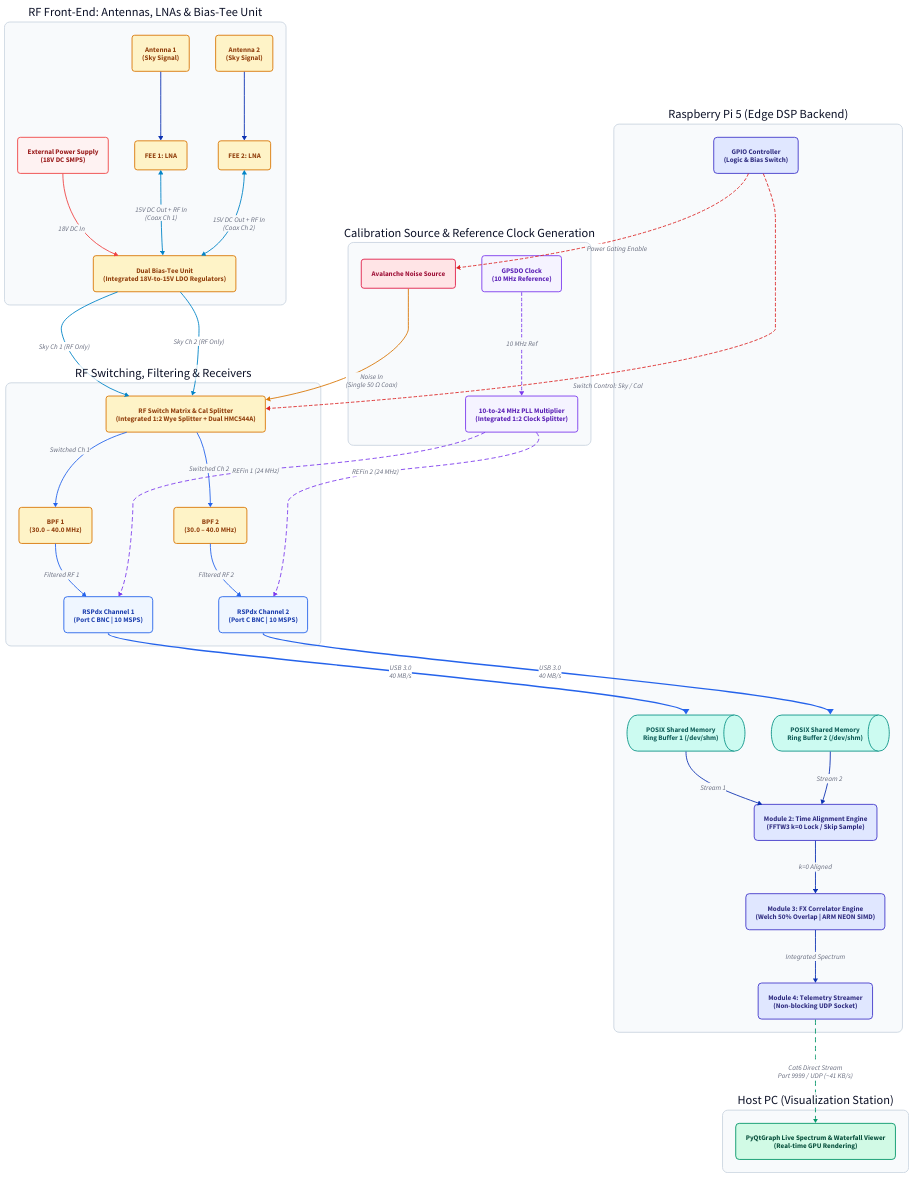
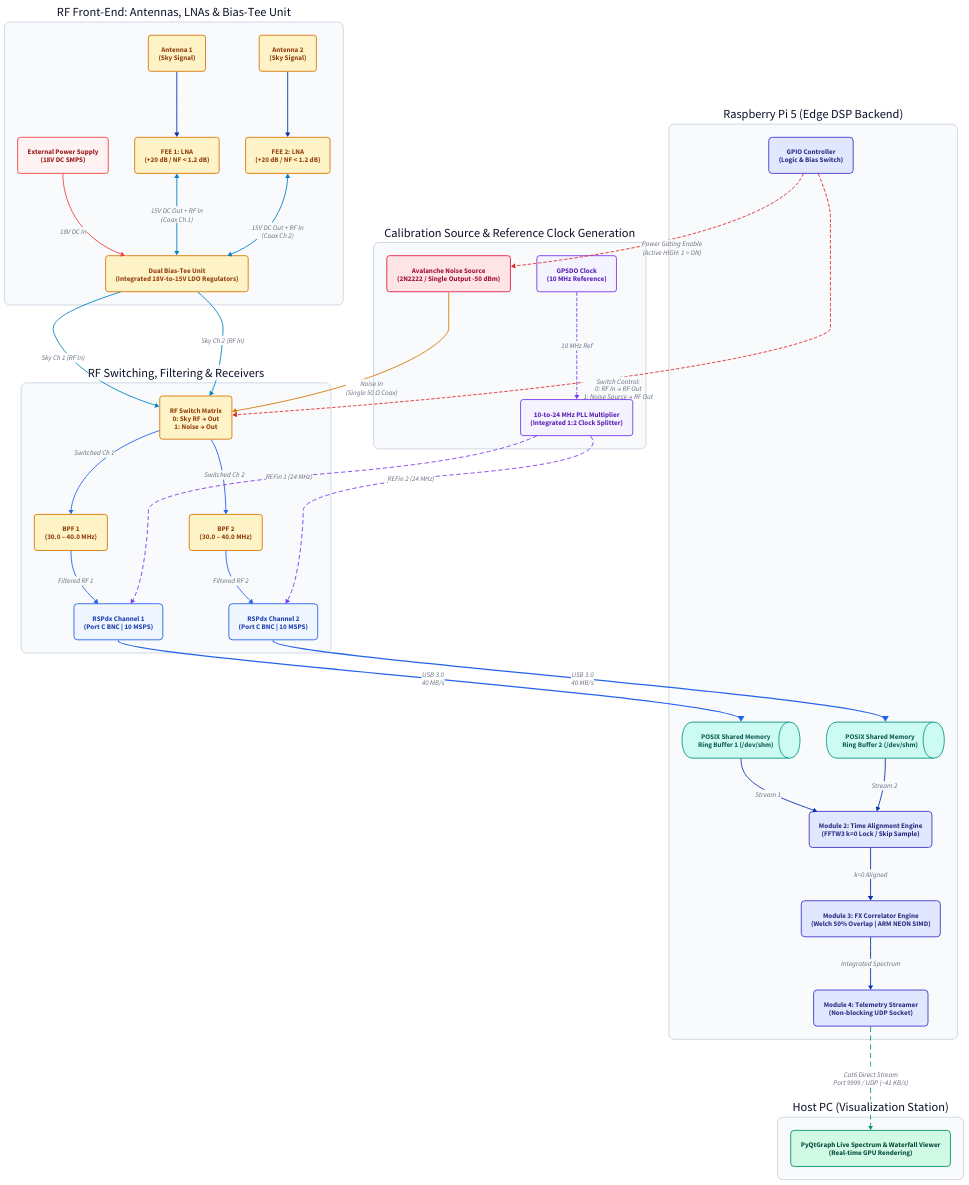
One commit to tuchau1404/solar_correlator changed the diagram in docs/assets/architecture.d2. Above: the diagram before and after it, drawn with D2. The commit also changed 1 other file, not shown here.

```diff
--- a/docs/assets/architecture.d2
+++ b/docs/assets/architecture.d2
@@ -1,8 +1,3 @@
-
-
-direction: down
-
-# ... tiếp tục các khối và kết nối bên dưới ...
 direction: down
 
 classes: {
@@ -90,10 +85,10 @@
   }
 
   ant1: "Antenna 1\n(Sky Signal)" {class: rf_node}
-  fee1: "FEE 1: LNA" {class: rf_node}
+  fee1: "FEE 1: LNA\n(+20 dB / NF < 1.2 dB)" {class: rf_node}
 
   ant2: "Antenna 2\n(Sky Signal)" {class: rf_node}
-  fee2: "FEE 2: LNA" {class: rf_node}
+  fee2: "FEE 2: LNA\n(+20 dB / NF < 1.2 dB)" {class: rf_node}
 
   pwr_18v: "External Power Supply\n(18V DC SMPS)" {class: pwr_node}
   bias_tee: "Dual Bias-Tee Unit\n(Integrated 18V-to-15V LDO Regulators)" {class: rf_node}
@@ -125,7 +120,7 @@
     border-radius: 12
   }
 
-  noise_src: "Avalanche Noise Source" {class: cal_node}
+  noise_src: "Avalanche Noise Source\n(2N2222 / Single Output -50 dBm)" {class: cal_node}
 
   gpsdo: "GPSDO Clock\n(10 MHz Reference)" {class: clk_node}
   pll_synth: "10-to-24 MHz PLL Multiplier\n(Integrated 1:2 Clock Splitter)" {class: clk_node}
@@ -145,7 +140,7 @@
     border-radius: 12
   }
 
-  rf_switch: "RF Switch Matrix & Cal Splitter\n(Integrated 1:2 Wye Splitter + Dual HMC544A)" {
+  rf_switch: "RF Switch Matrix\n0: Sky RF → Out\n1: Noise → Out" {
     shape: rectangle
     class: rf_node
   }
@@ -164,11 +159,11 @@
 }
 
 # Định tuyến từ Tầng 1 & Tầng 2 vào Switch và Bộ thu
-rf_frontend.bias_tee -> sdr_stage.rf_switch: "Sky Ch 1 (RF Only)" {
+rf_frontend.bias_tee -> sdr_stage.rf_switch: "Sky Ch 1 (RF In)" {
   style.stroke: "#0284C7"
   style.stroke-width: 2
 }
-rf_frontend.bias_tee -> sdr_stage.rf_switch: "Sky Ch 2 (RF Only)" {
+rf_frontend.bias_tee -> sdr_stage.rf_switch: "Sky Ch 2 (RF In)" {
   style.stroke: "#0284C7"
   style.stroke-width: 2
 }
@@ -219,11 +214,11 @@
   style.stroke-width: 3
 }
 
-rpi5.gpio -> sdr_stage.rf_switch: "Switch Control: Sky / Cal" {
+rpi5.gpio -> sdr_stage.rf_switch: "Switch Control:\n0: RF In → RF Out\n1: Noise Source → RF Out" {
   style.stroke: "#DC2626"
   style.stroke-dash: 3
 }
-rpi5.gpio -> cal_and_clock.noise_src: "Power Gating Enable" {
+rpi5.gpio -> cal_and_clock.noise_src: "Power Gating Enable\n(Active HIGH: 1 = ON)" {
   style.stroke: "#DC2626"
   style.stroke-dash: 3
 }
```
